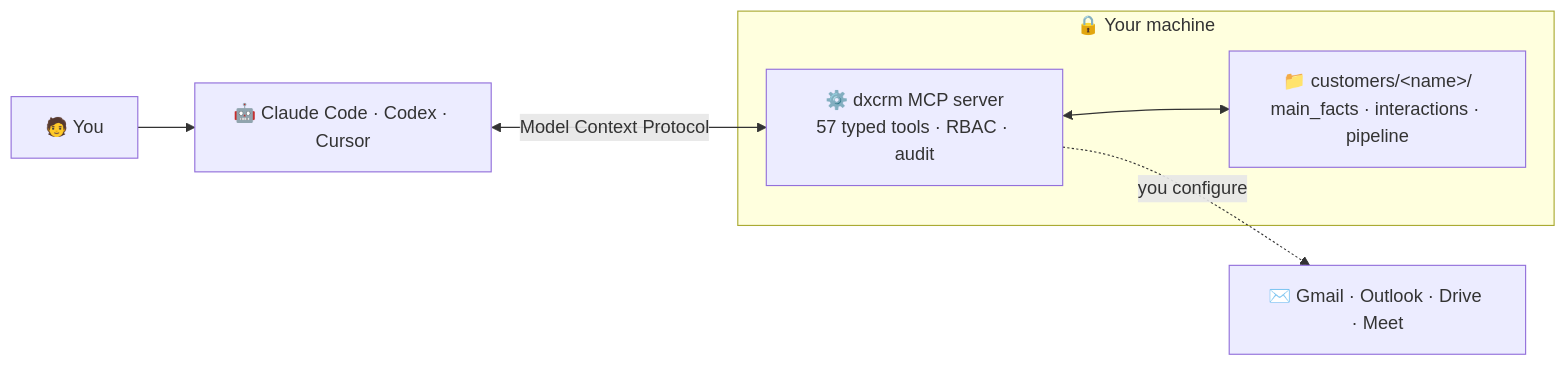
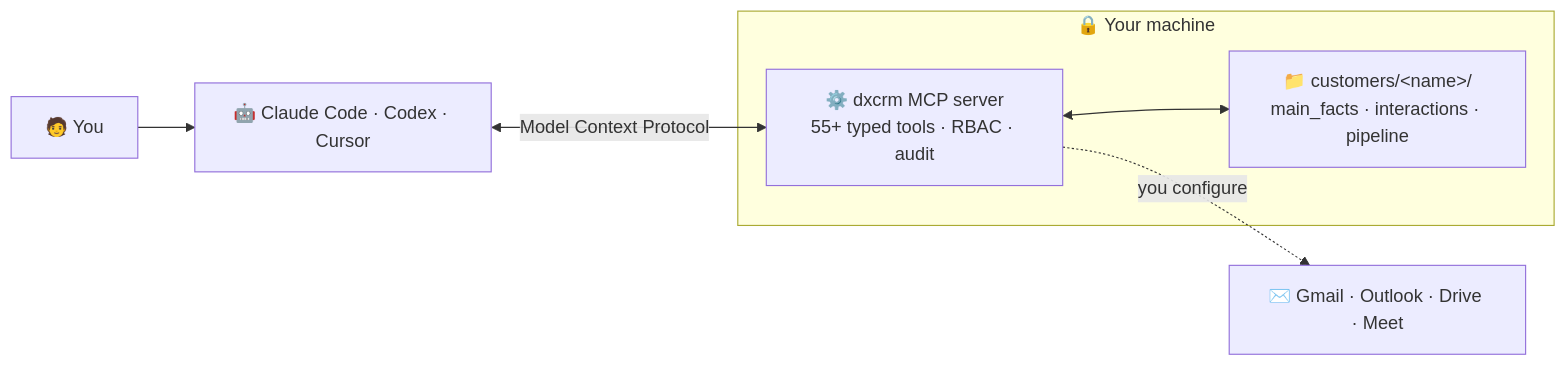
The diagram in README.md (datasynx-ai/datasynx-crm), drawn with Mermaid before and after one commit. The commit also changed other lines of this file and 1 other file, not shown here.

````diff
--- a/README.md
+++ b/README.md
@@ -61,13 +61,13 @@
 ```mermaid
 flowchart LR
     You["🧑 You"] --> Agent
     Agent["🤖 Claude Code · Codex · Cursor"] <-->|Model Context Protocol| MCP
 
     subgraph local["🔒 Your machine"]
-        MCP["⚙️ dxcrm MCP server<br/>57 typed tools · RBAC · audit"]
+        MCP["⚙️ dxcrm MCP server<br/>55+ typed tools · RBAC · audit"]
         Files["📁 customers/&lt;name&gt;/<br/>main_facts · interactions · pipeline"]
         MCP <--> Files
     end
 
     MCP -. you configure .-> Ext["✉️ Gmail · Outlook · Drive · Meet"]
 ```
````
